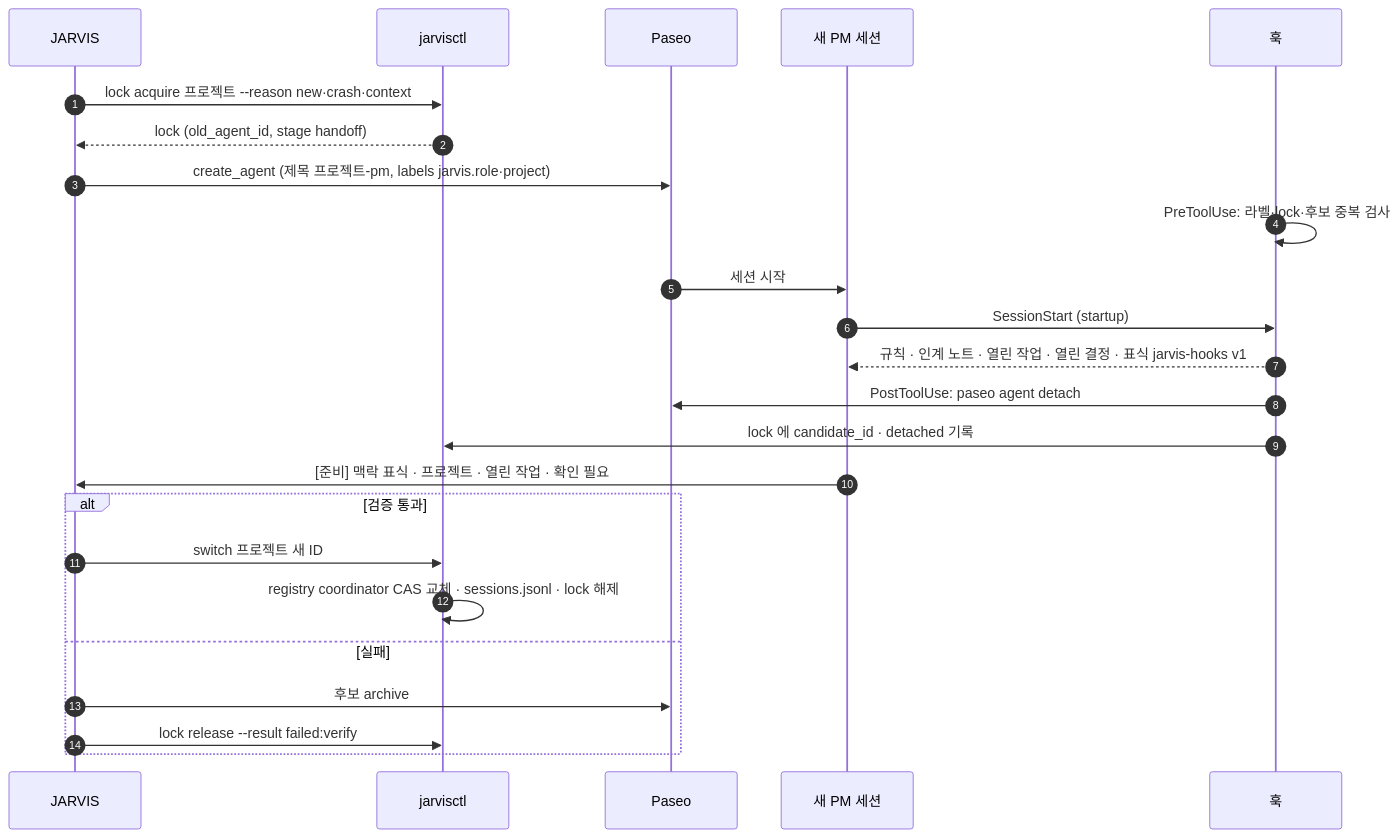
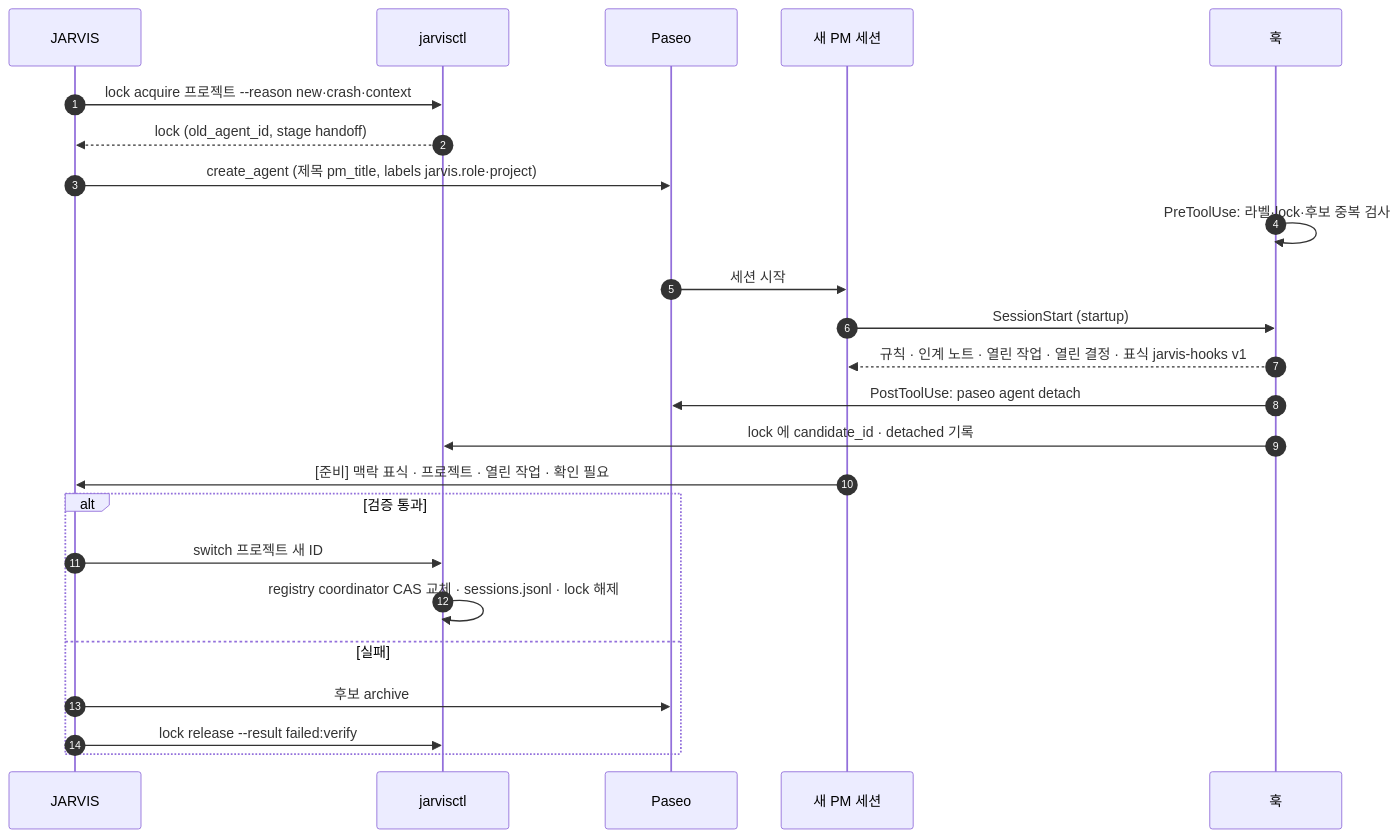
Before and after one commit to smdeveloper7/jarvis: the second of 5 diagrams in docs/02_Agent_Lifecycle_Management.md, drawn with Mermaid. The commit also changed other lines of this file and 6 other files, not shown here.

````diff
--- a/docs/02_Agent_Lifecycle_Management.md
+++ b/docs/02_Agent_Lifecycle_Management.md
@@ -80,27 +90,27 @@
 ```mermaid
 sequenceDiagram
     autonumber
     participant J as JARVIS
     participant C as jarvisctl
     participant P as Paseo
     participant N as 새 PM 세션
     participant H as 훅
 
     J->>C: lock acquire 프로젝트 --reason new·crash·context
     C-->>J: lock (old_agent_id, stage handoff)
-    J->>P: create_agent (제목 프로젝트-pm, labels jarvis.role·project)
+    J->>P: create_agent (제목 pm_title, labels jarvis.role·project)
     H->>H: PreToolUse: 라벨·lock·후보 중복 검사
     P->>N: 세션 시작
     N->>H: SessionStart (startup)
     H-->>N: 규칙 · 인계 노트 · 열린 작업 · 열린 결정 · 표식 jarvis-hooks v1
     H->>P: PostToolUse: paseo agent detach
     H->>C: lock 에 candidate_id · detached 기록
     N->>J: [준비] 맥락 표식 · 프로젝트 · 열린 작업 · 확인 필요
     alt 검증 통과
         J->>C: switch 프로젝트 새 ID
         C->>C: registry coordinator CAS 교체 · sessions.jsonl · lock 해제
     else 실패
         J->>P: 후보 archive
         J->>C: lock release --result failed:verify
     end
 ```
````
